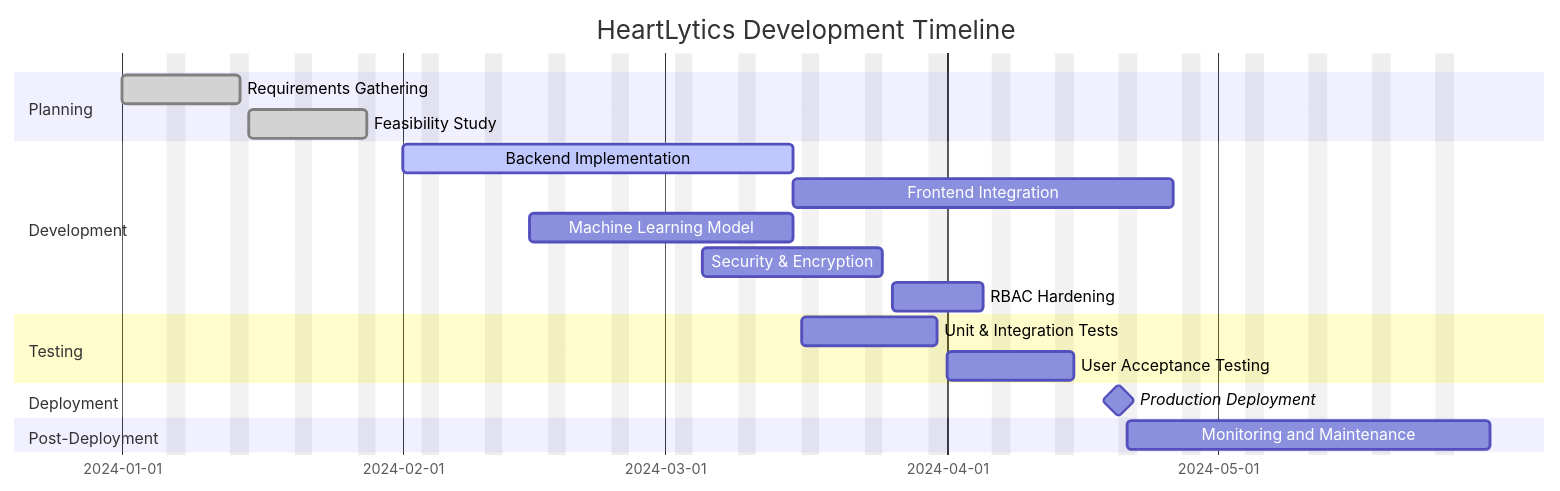
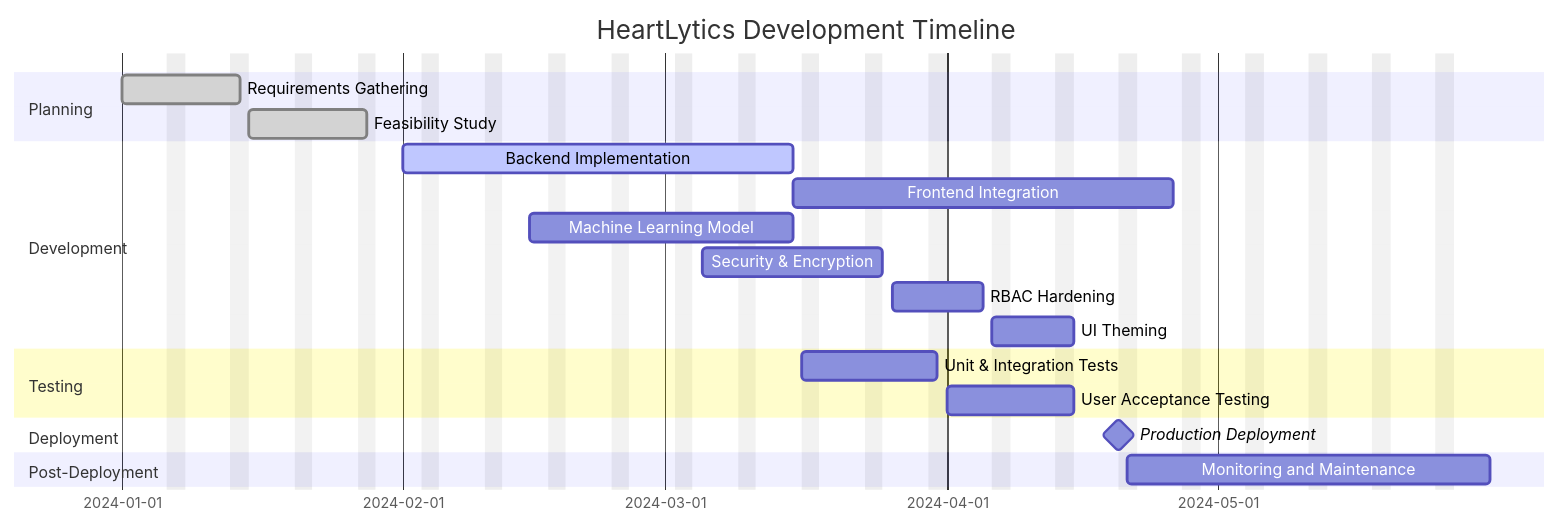
Before and after one commit to rasikasrimal/Heartlytics: the diagram in gantt_chart.md, drawn with Mermaid. The commit also changed other lines of this file and 15 other files, not shown here.

Commit message:
feat: add persistent light dark theme with chart support

````diff
--- a/gantt_chart.md
+++ b/gantt_chart.md
@@ -5,27 +5,28 @@
 ```mermaid
 gantt
     dateFormat  YYYY-MM-DD
     title HeartLytics Development Timeline
     excludes weekends
 
     section Planning
     Requirements Gathering          :done,    req, 2024-01-01,2024-01-14
     Feasibility Study               :done,    feas, 2024-01-15,2024-01-28
 
     section Development
     Backend Implementation          :active,  back, 2024-02-01,2024-03-15
     Frontend Integration            :         front, after back, 30d
     Machine Learning Model          :         ml,   2024-02-15,2024-03-15
     Security & Encryption           :         sec,  2024-03-05,2024-03-25
     RBAC Hardening                  :         rbac, 2024-03-26,2024-04-05
+    UI Theming                     :         theme, 2024-04-06,2024-04-15
 
     section Testing
     Unit & Integration Tests        :         test, 2024-03-16,2024-03-31
     User Acceptance Testing         :         uat,  2024-04-01,2024-04-15
 
     section Deployment
     Production Deployment           :milestone, deploy, 2024-04-20, 0d
 
     section Post-Deployment
     Monitoring and Maintenance      :         post, 2024-04-21,2024-05-31
 ```
````
